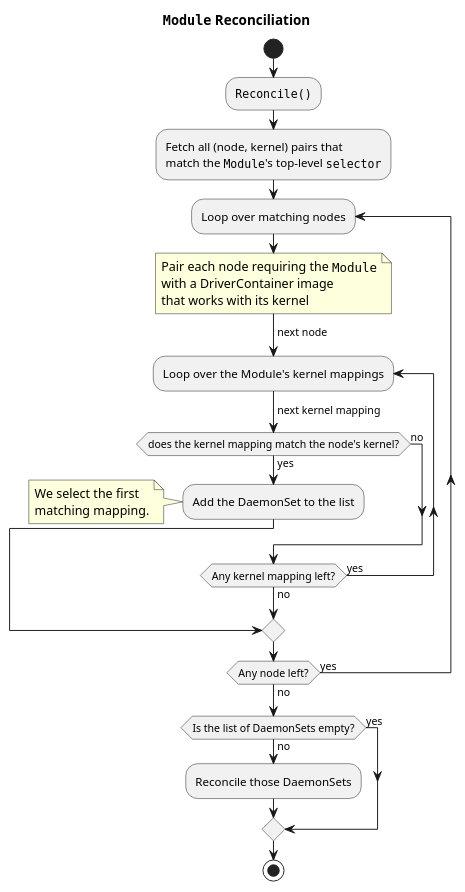
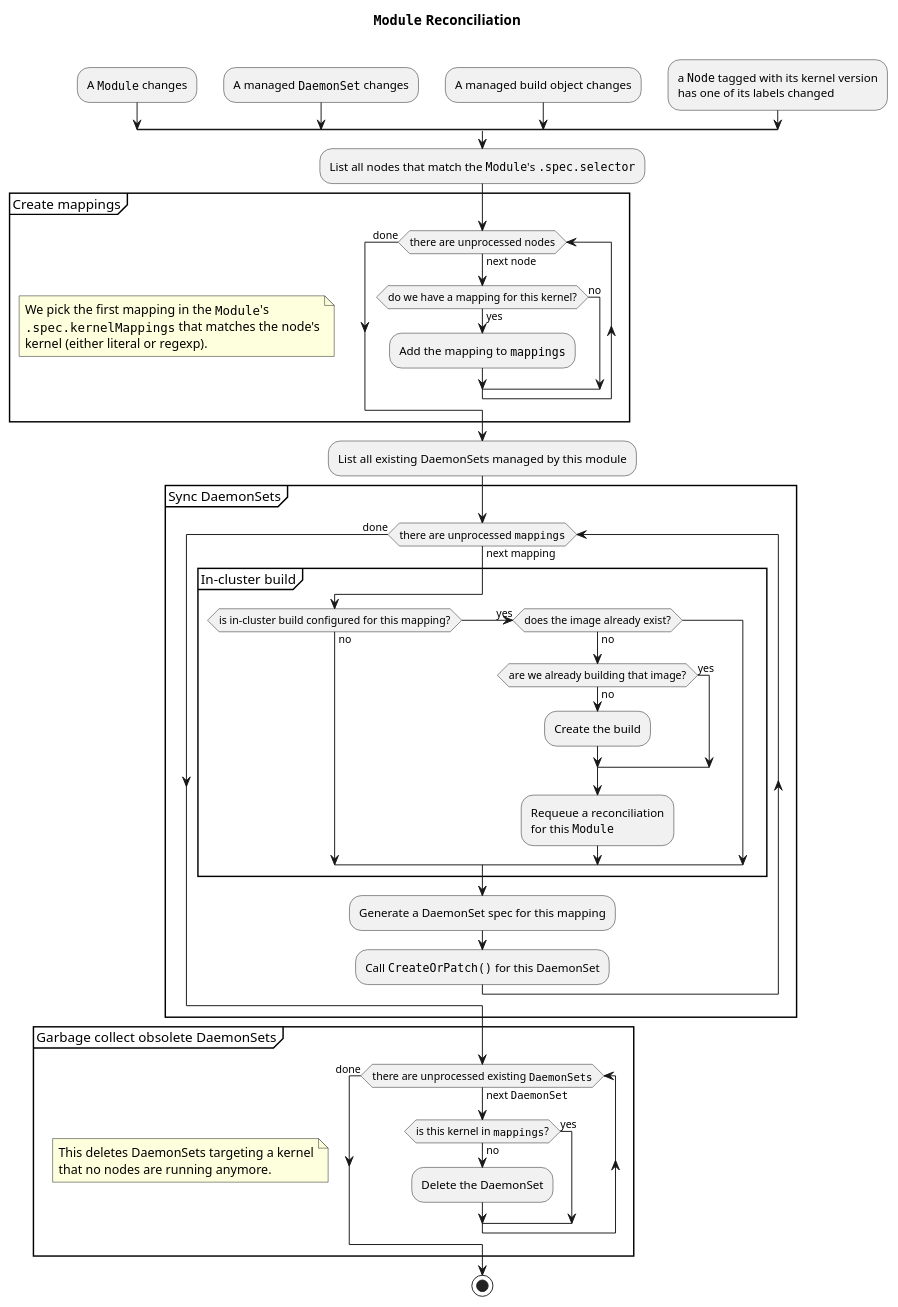
Before and after one commit to kubernetes-sigs/kernel-module-management: the diagram in docs/mkdocs/developer/diagrams/reconciliation-module.puml, drawn with PlantUML. The commit also changed 17 other files, not shown here.

```diff
--- a/docs/mkdocs/developer/diagrams/reconciliation-module.puml
+++ b/docs/mkdocs/developer/diagrams/reconciliation-module.puml
@@ -1,38 +1,80 @@
 @startuml
 'https://plantuml.com/activity-diagram-beta
 
+skinparam ConditionEndStyle hline
+
 title ""Module"" Reconciliation
 
-start
+'start
 
-:""Reconcile()"";
+split
+   -[hidden]->
+   :A ""Module"" changes;
+split again
+   -[hidden]->
+   :A managed ""DaemonSet"" changes;
+split again
+   -[hidden]->
+   :A managed build object changes;
+split again
+   -[hidden]->
+   :a ""Node"" tagged with its kernel version
+   has one of its labels changed;
+end split
 
-:Fetch all (node, kernel) pairs that
-match the ""Module""'s top-level ""selector"";
+:List all nodes that match the ""Module""'s "".spec.selector"";
 
-repeat :Loop over matching nodes;
-    ->next node;
+partition "Create mappings" {
+  while (there are unprocessed nodes) is (next node)
     note
-        Pair each node requiring the ""Module""
-        with a DriverContainer image
-        that works with its kernel
+      We pick the first mapping in the ""Module""'s
+      "".spec.kernelMappings"" that matches the node's
+      kernel (either literal or regexp).
     end note
-    repeat :Loop over the Module's kernel mappings;
-        ->next kernel mapping;
-        if (does the kernel mapping match the node's kernel?) then (yes)
-            :Add the DaemonSet to the list;
-            note: We select the first\nmatching mapping.
-            break
-        else (no)
+
+    if (do we have a mapping for this kernel?) then (yes)
+      :Add the mapping to ""mappings"";
+    else (no)
+    endif
+  endwhile (done)
+}
+
+:List all existing DaemonSets managed by this module;
+
+partition "Sync DaemonSets" {
+  while (there are unprocessed ""mappings"") is (next mapping);
+    partition "In-cluster build" {
+      if (is in-cluster build configured for this mapping?) then (no)
+      (yes) elseif (does the image already exist?) then (no)
+        if (are we already building that image?) then (no)
+          :Create the build;
+        else (yes)
         endif
-    repeat while (Any kernel mapping left?) is (yes) not (no)
-repeat while (Any node left?) is (yes) not (no)
 
-if (Is the list of DaemonSets empty?) then (no)
-    :Reconcile those DaemonSets;
-else (yes)
-endif
+        :Requeue a reconciliation
+        for this ""Module"";
+      endif
+    }
+
+    :Generate a DaemonSet spec for this mapping;
+    :Call ""CreateOrPatch()"" for this DaemonSet;
+  endwhile (done)
+}
+
+partition "Garbage collect obsolete DaemonSets" {
+  note
+    This deletes DaemonSets targeting a kernel
+    that no nodes are running anymore.
+  end note
+
+  while (there are unprocessed existing ""DaemonSets"") is (next ""DaemonSet"");
+    if (is this kernel in ""mappings""?) then (no)
+      :Delete the DaemonSet;
+    else (yes)
+    endif
+  endwhile (done)
+}
 
 stop
 
 @enduml
```
